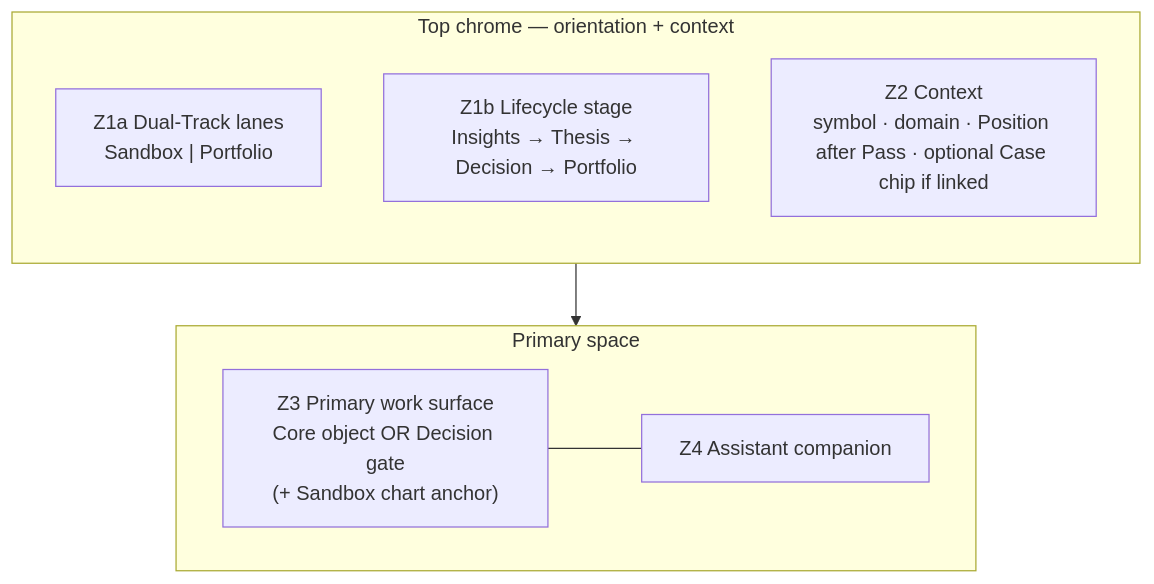
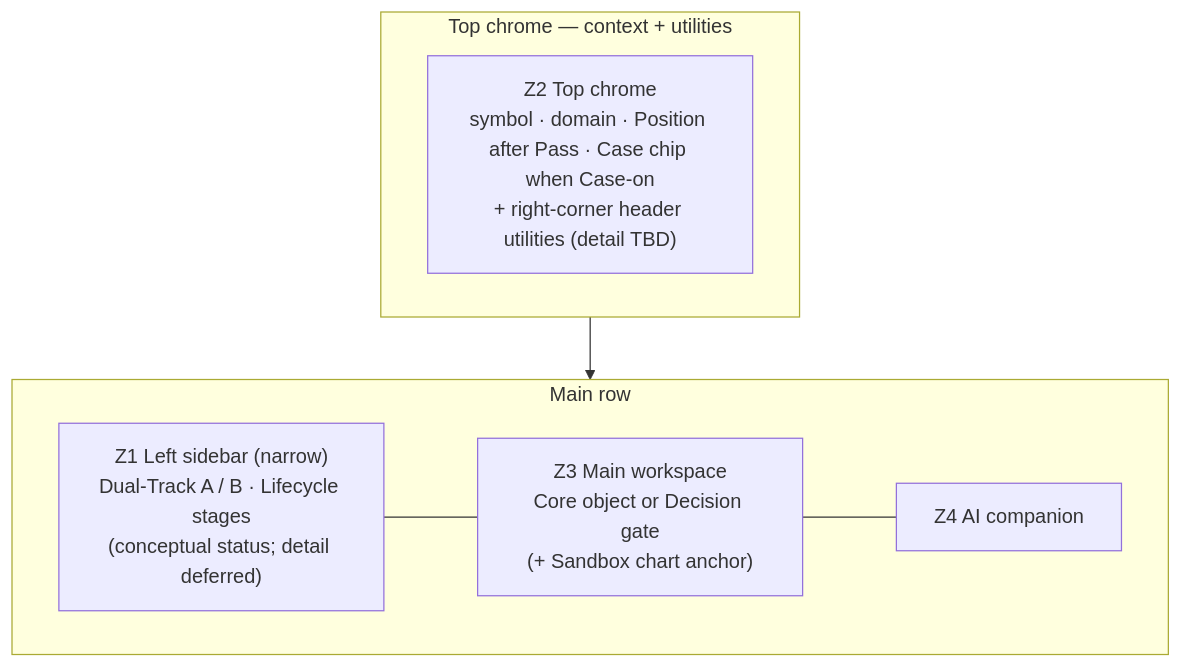
One commit to d-dragon/dp-stock-investment-assistant changed the first of 4 diagrams in docs/system/CONCEPTUAL_IA_MAP.md. Above: the diagram before and after it, drawn with Mermaid. The commit also changed other lines of this file and 11 other files, not shown here.

````diff
--- a/docs/system/CONCEPTUAL_IA_MAP.md
+++ b/docs/system/CONCEPTUAL_IA_MAP.md
@@ -49,15 +53,15 @@
 ```mermaid
-flowchart BR
-  subgraph Top["Top chrome — orientation + context"]
-    Z1a["Z1a Dual-Track lanes<br/>Sandbox | Portfolio"]
-    Z1b["Z1b Lifecycle stage<br/>Insights → Thesis → Decision → Portfolio"]
-    Z2["Z2 Context<br/>symbol · domain · Position after Pass · optional Case chip if linked"]
+flowchart TB
+  subgraph Top["Top chrome — context + utilities"]
+    Z2["Z2 Top chrome<br/>symbol · domain · Position after Pass · Case chip when Case-on<br/>+ right-corner header utilities (detail TBD)"]
   end
-  subgraph Primary["Primary space"]
+  subgraph Row["Main row"]
     direction LR
-    Z3["Z3 Primary work surface<br/>Core object OR Decision gate<br/>(+ Sandbox chart anchor)"]
-    Z4["Z4 Assistant companion"]
+    Z1["Z1 Left sidebar (narrow)<br/>Dual-Track A / B · Lifecycle stages<br/>(conceptual status; detail deferred)"]
+    Z3["Z3 Main workspace<br/>Core object or Decision gate<br/>(+ Sandbox chart anchor)"]
+    Z4["Z4 AI companion"]
   end
-  Top --> Primary
+  Top --> Row
+  Z1 --- Z3
   Z3 --- Z4
 ```
````
